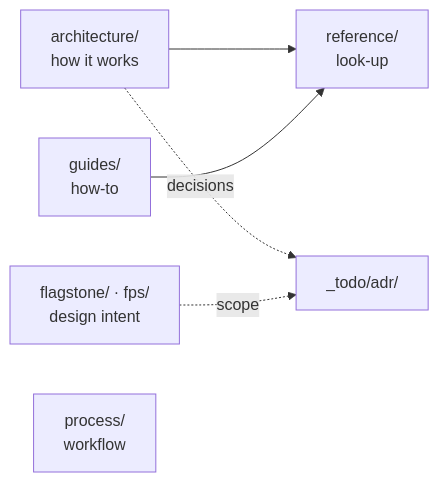
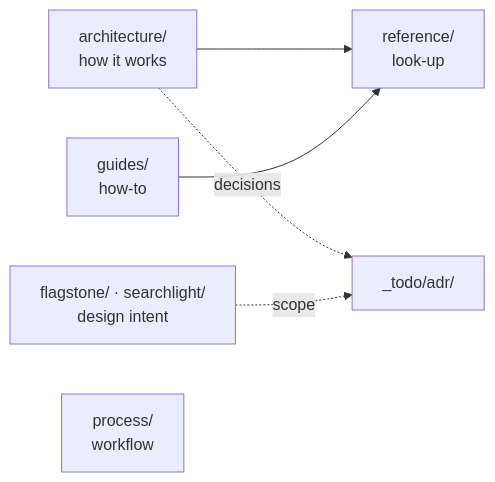
Before and after one commit to WrackedFella/moho: the diagram in wiki/README.md, drawn with Mermaid. The commit also changed other lines of this file and 56 other files, not shown here.

First line of the commit message:
feat(searchlight): the FPS line builds and runs as searchlight (ENG-F27-01)

````diff
--- a/wiki/README.md
+++ b/wiki/README.md
@@ -12,8 +12,8 @@
 ```mermaid
 flowchart LR
     A["architecture/<br/>how it works"] --> R["reference/<br/>look-up"]
     G["guides/<br/>how-to"] --> R
     A -. decisions .-> ADR["_todo/adr/"]
-    D["flagstone/ · fps/<br/>design intent"] -. scope .-> ADR
+    D["flagstone/ · searchlight/<br/>design intent"] -. scope .-> ADR
     P["process/<br/>workflow"]
 ```
````
